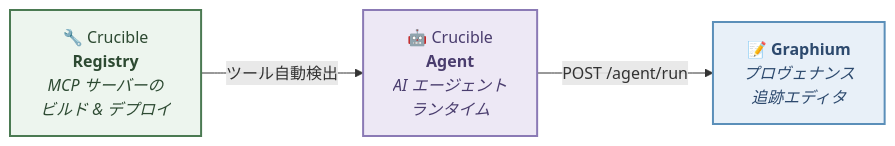
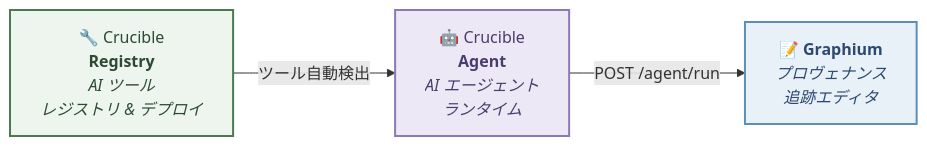
Before and after one commit to kumagallium/Crucible: the second of 2 diagrams in README.ja.md, drawn with Mermaid. The commit also changed other lines of this file and 1 other file, not shown here.

````diff
--- a/README.ja.md
+++ b/README.ja.md
@@ -190,13 +207,13 @@
 ```mermaid
 graph LR
-    Registry["🔧 Crucible<br/><b>Registry</b><br/><i>MCP サーバーの<br/>ビルド & デプロイ</i>"]
+    Registry["🔧 Crucible<br/><b>Registry</b><br/><i>AI ツール<br/>レジストリ & デプロイ</i>"]
     Agent["🤖 Crucible<br/><b>Agent</b><br/><i>AI エージェント<br/>ランタイム</i>"]
     Graphium["📝 <b>Graphium</b><br/><i>プロヴェナンス<br/>追跡エディタ</i>"]
 
     Registry -- "ツール自動検出" --> Agent
     Agent -- "POST /agent/run" --> Graphium
 
     style Registry fill:#edf5ee,stroke:#4B7A52,stroke-width:2px,color:#2d4a32
     style Agent fill:#ede8f5,stroke:#8b7ab5,stroke-width:2px,color:#4a3d6e
     style Graphium fill:#e8f0f8,stroke:#5b8fb9,stroke-width:2px,color:#2d4a6e
 ```
````
